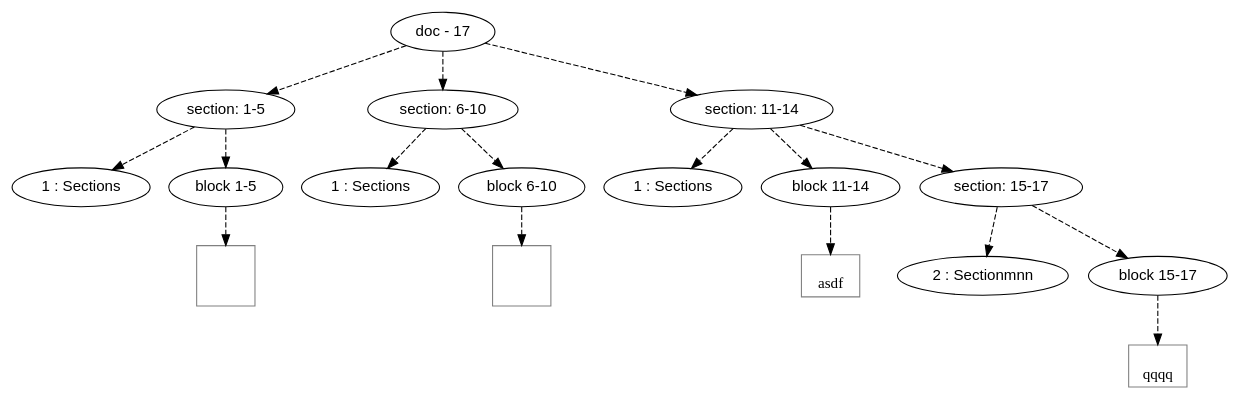
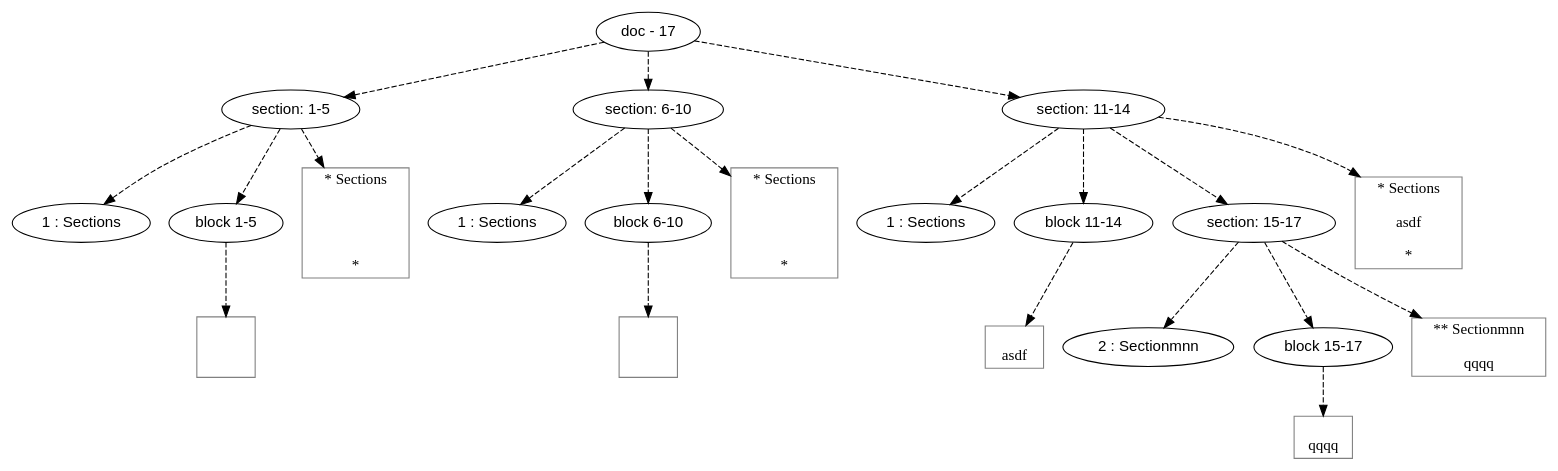
Before and after one commit to mnemnion/orb: the diagram in doc/dot/notes/section.dot, drawn with Graphviz. The commit also changed 125 other files, not shown here.

```diff
--- a/doc/dot/notes/section.dot
+++ b/doc/dot/notes/section.dot
@@ -1,71 +1,95 @@
 digraph hierarchy {
 
 node [fontname=Helvetica]
 edge [style=dashed]
 
 doc_0 [label="doc - 17"]
 
 
 doc_0 -> { section_1 section_2 section_3}
 {rank=same; section_1 section_2 section_3}
 
 section_1 [label="section: 1-5"]
 
 section_2 [label="section: 6-10"]
 
 section_3 [label="section: 11-14"]
 
 
 section_1 -> { header_4 block_5}
 {rank=same; header_4 block_5}
 
 header_4 [label="1 : Sections"]
 
 block_5 [label="block 1-5"]
 
 
 block_5 -> leaf_6
 leaf_6  [color=Gray,shape=rectangle,fontname=Inconsolata,label="
 
 
 "]
-section_2 -> { header_7 block_8}
-{rank=same; header_7 block_8}
-
-header_7 [label="1 : Sections"]
-
-block_8 [label="block 6-10"]
+section_1 -> leaf_7
+leaf_7  [color=Gray,shape=rectangle,fontname=Inconsolata,label="* Sections
 
 
-block_8 -> leaf_9
-leaf_9  [color=Gray,shape=rectangle,fontname=Inconsolata,label="
+
+
+*"]
+section_2 -> { header_8 block_9}
+{rank=same; header_8 block_9}
+
+header_8 [label="1 : Sections"]
+
+block_9 [label="block 6-10"]
+
+
+block_9 -> leaf_10
+leaf_10  [color=Gray,shape=rectangle,fontname=Inconsolata,label="
 
 
 "]
-section_3 -> { header_10 block_11 section_12}
-{rank=same; header_10 block_11 section_12}
-
-header_10 [label="1 : Sections"]
-
-block_11 [label="block 11-14"]
-
-section_12 [label="section: 15-17"]
+section_2 -> leaf_11
+leaf_11  [color=Gray,shape=rectangle,fontname=Inconsolata,label="* Sections
 
 
-block_11 -> leaf_13
-leaf_13  [color=Gray,shape=rectangle,fontname=Inconsolata,label="
+
+
+*"]
+section_3 -> { header_12 block_13 section_14}
+{rank=same; header_12 block_13 section_14}
+
+header_12 [label="1 : Sections"]
+
+block_13 [label="block 11-14"]
+
+section_14 [label="section: 15-17"]
+
+
+block_13 -> leaf_15
+leaf_15  [color=Gray,shape=rectangle,fontname=Inconsolata,label="
 asdf
 "]
-section_12 -> { header_14 block_15}
-{rank=same; header_14 block_15}
+section_14 -> { header_16 block_17}
+{rank=same; header_16 block_17}
 
-header_14 [label="2 : Sectionmnn"]
+header_16 [label="2 : Sectionmnn"]
 
-block_15 [label="block 15-17"]
+block_17 [label="block 15-17"]
 
 
-block_15 -> leaf_16
-leaf_16  [color=Gray,shape=rectangle,fontname=Inconsolata,label="
+block_17 -> leaf_18
+leaf_18  [color=Gray,shape=rectangle,fontname=Inconsolata,label="
 qqqq"]
+section_14 -> leaf_19
+leaf_19  [color=Gray,shape=rectangle,fontname=Inconsolata,label="** Sectionmnn
+
+qqqq"]
+section_3 -> leaf_20
+leaf_20  [color=Gray,shape=rectangle,fontname=Inconsolata,label="* Sections
+
+asdf
+
+*"]
 
 }
```
